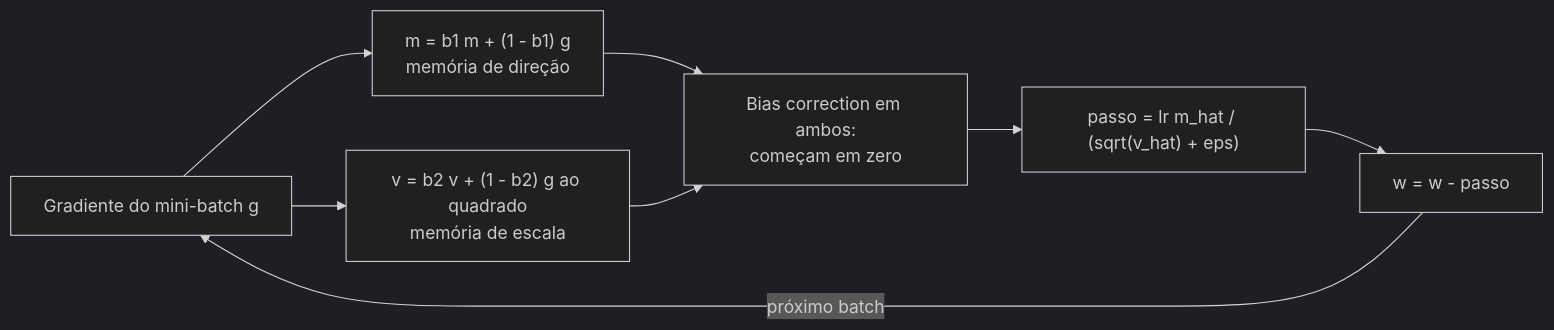
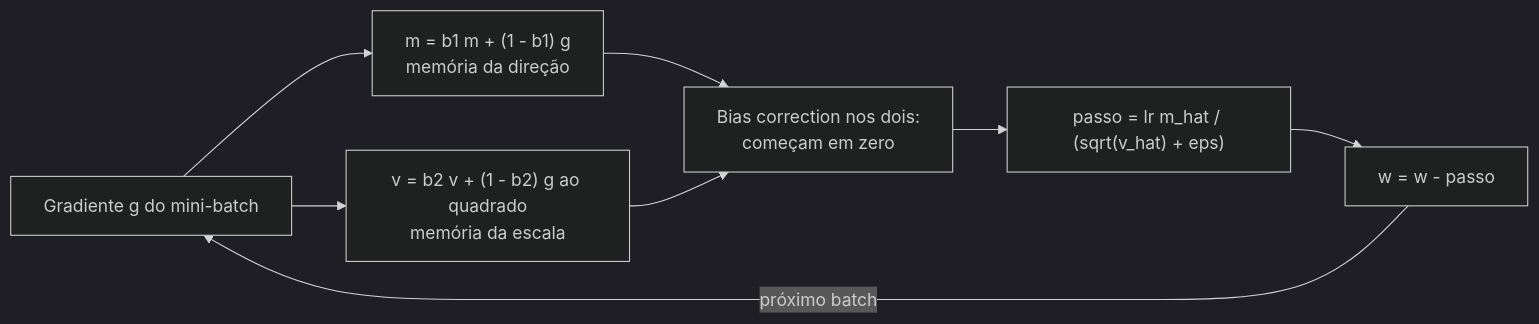
Diagram 11 of 27 in 01-ml-and-dl-foundations/questions.pt-BR.md (andrevberaldo/AI-Engineer-Interview-Questions), drawn with Mermaid (dark theme) before and after one commit. The commit also changed other lines of this file, not shown here.

````diff
--- a/01-ml-and-dl-foundations/questions.pt-BR.md
+++ b/01-ml-and-dl-foundations/questions.pt-BR.md
@@ -547,10 +547,10 @@
 ```mermaid
 flowchart LR
-    A["Gradiente do mini-batch g"] --> B["m = b1 m + (1 - b1) g<br/>memória de direção"]
-    A --> C["v = b2 v + (1 - b2) g ao quadrado<br/>memória de escala"]
-    B --> D["Bias correction em ambos:<br/>começam em zero"]
+    A["Gradiente g do mini-batch"] --> B["m = b1 m + (1 - b1) g<br/>memória da direção"]
+    A --> C["v = b2 v + (1 - b2) g ao quadrado<br/>memória da escala"]
+    B --> D["Bias correction nos dois:<br/>começam em zero"]
     C --> D
     D --> E["passo = lr m_hat / (sqrt(v_hat) + eps)"]
     E --> F["w = w - passo"]
     F -->|"próximo batch"| A
 ```
````
